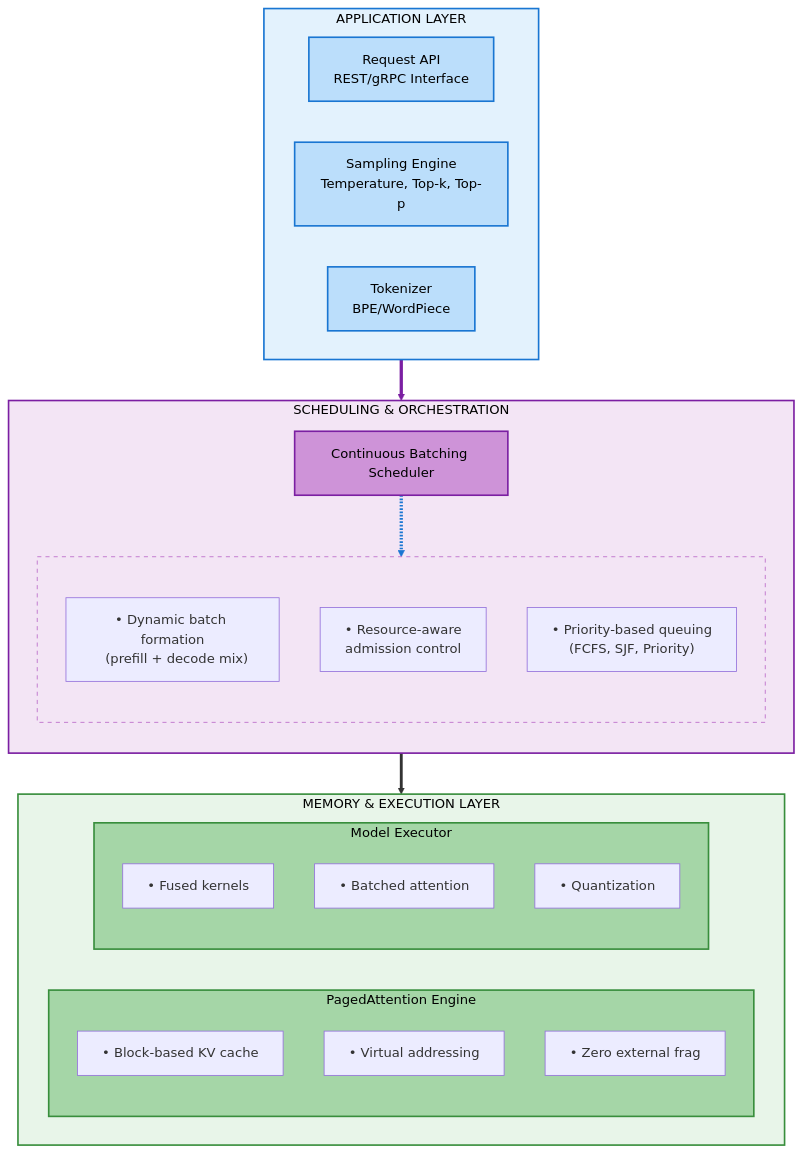
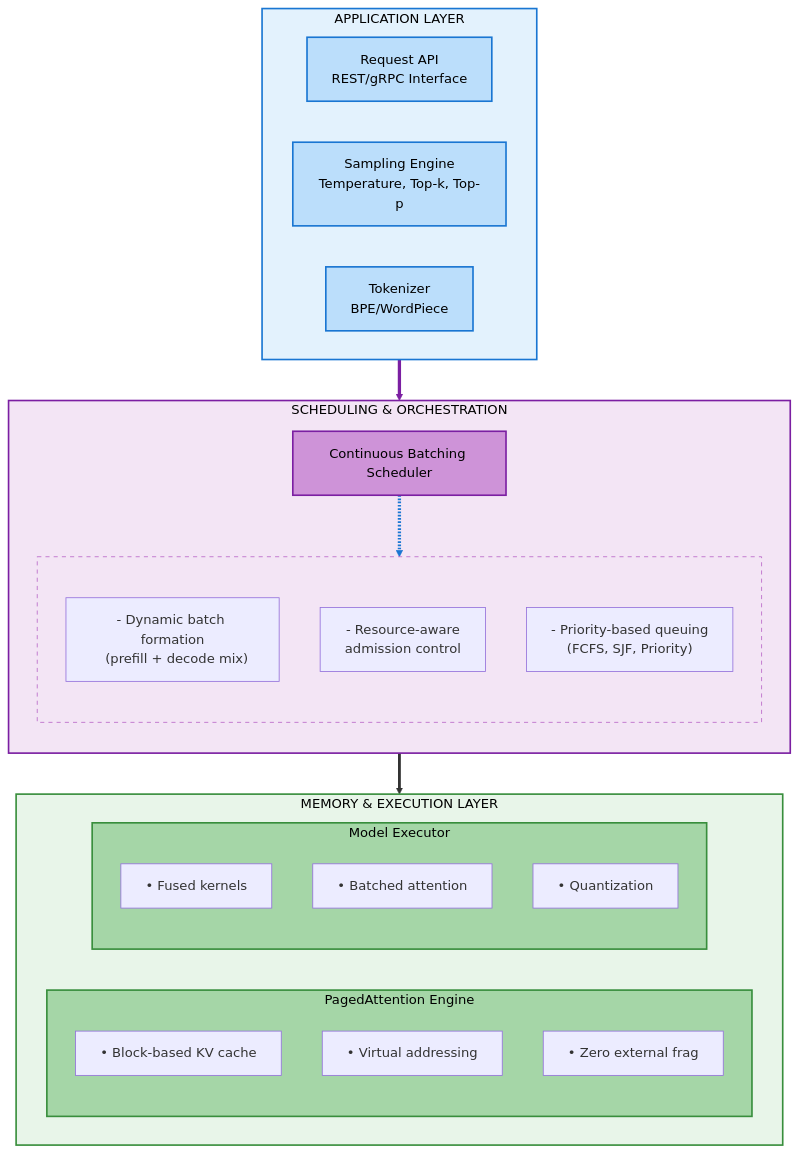
The second of 2 diagrams in README.md (Shahriarin2garden/vllm_from_scratch), drawn with Mermaid before and after one commit. The commit also changed other lines of this file and 2 other files, not shown here.

````diff
--- a/README.md
+++ b/README.md
@@ -98,58 +98,58 @@
 ```mermaid
 flowchart TB
     subgraph APP_LAYER [" APPLICATION LAYER "]
         direction LR
         API["Request API<br/>REST/gRPC Interface"]
         SAMPLING["Sampling Engine<br/>Temperature, Top-k, Top-p"]
         TOKENIZER["Tokenizer<br/>BPE/WordPiece"]
     end
 
     subgraph SCHED_LAYER [" SCHEDULING & ORCHESTRATION "]
         direction TB
         SCHEDULER["Continuous Batching Scheduler"]
         
         subgraph SCHED_FEATURES [" "]
             direction TB
-            SF1["• Dynamic batch formation<br/>  (prefill + decode mix)"]
-            SF2["• Resource-aware<br/>  admission control"]
-            SF3["• Priority-based queuing<br/>  (FCFS, SJF, Priority)"]
+            SF1["- Dynamic batch formation<br/>  (prefill + decode mix)"]
+            SF2["- Resource-aware<br/>  admission control"]
+            SF3["- Priority-based queuing<br/>  (FCFS, SJF, Priority)"]
         end
         
         SCHEDULER -.-> SCHED_FEATURES
     end
 
     subgraph EXEC_LAYER [" MEMORY & EXECUTION LAYER "]
         direction LR
         
         subgraph PAGED ["PagedAttention Engine"]
             direction TB
             PA1["• Block-based KV cache"]
             PA2["• Virtual addressing"]
             PA3["• Zero external frag"]
         end
         
         subgraph EXECUTOR ["Model Executor"]
             direction TB
             EX1["• Fused kernels"]
             EX2["• Batched attention"]
             EX3["• Quantization"]
         end
     end
 
     APP_LAYER ==> SCHED_LAYER
     SCHED_LAYER ==> EXEC_LAYER
 
     linkStyle 0 stroke:#1976d2,stroke-width:4px
     linkStyle 1 stroke:#7b1fa2,stroke-width:4px
 
     style APP_LAYER fill:#e3f2fd,stroke:#1976d2,stroke-width:2px,color:#000
     style SCHED_LAYER fill:#f3e5f5,stroke:#7b1fa2,stroke-width:2px,color:#000
     style EXEC_LAYER fill:#e8f5e9,stroke:#388e3c,stroke-width:2px,color:#000
     style API fill:#bbdefb,stroke:#1976d2,stroke-width:2px,color:#000
     style SAMPLING fill:#bbdefb,stroke:#1976d2,stroke-width:2px,color:#000
     style TOKENIZER fill:#bbdefb,stroke:#1976d2,stroke-width:2px,color:#000
     style SCHEDULER fill:#ce93d8,stroke:#7b1fa2,stroke-width:2px,color:#000
     style SCHED_FEATURES fill:#f3e5f5,stroke:#ba68c8,stroke-width:1px,stroke-dasharray: 5 5,color:#000
     style PAGED fill:#a5d6a7,stroke:#388e3c,stroke-width:2px,color:#000
     style EXECUTOR fill:#a5d6a7,stroke:#388e3c,stroke-width:2px,color:#000
 ```
````
